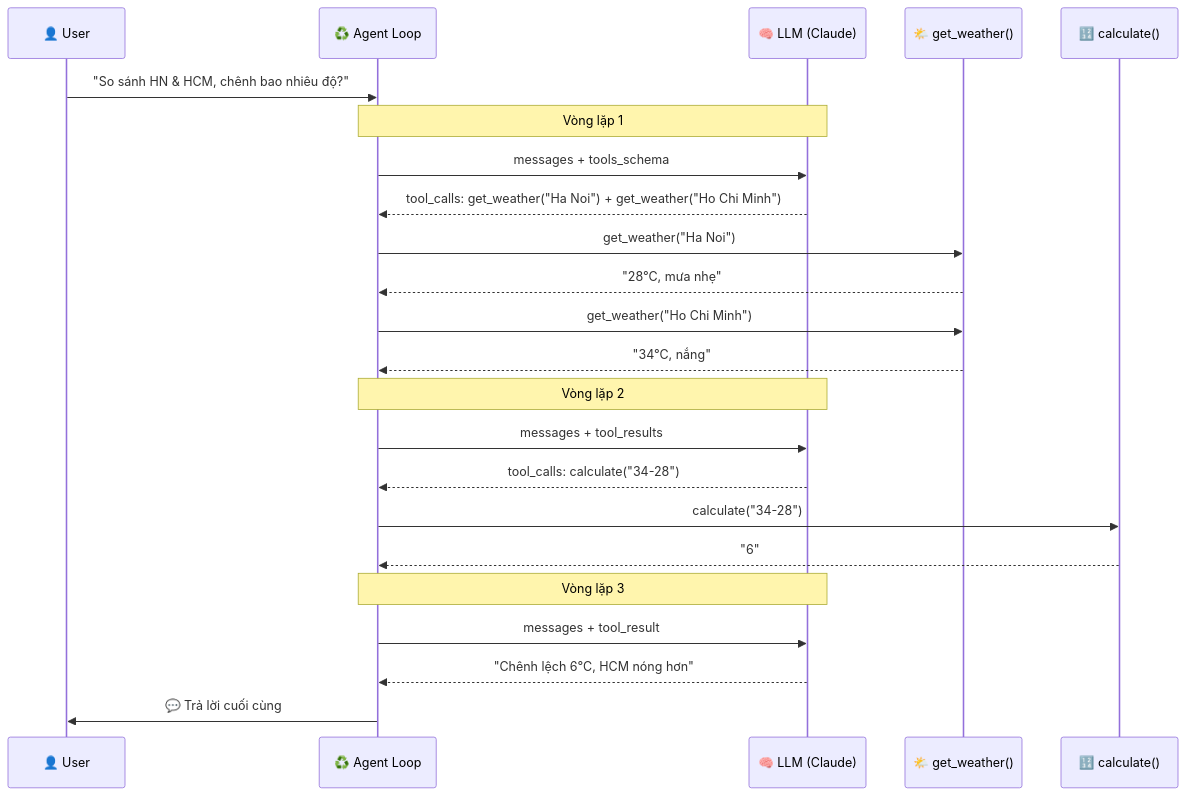
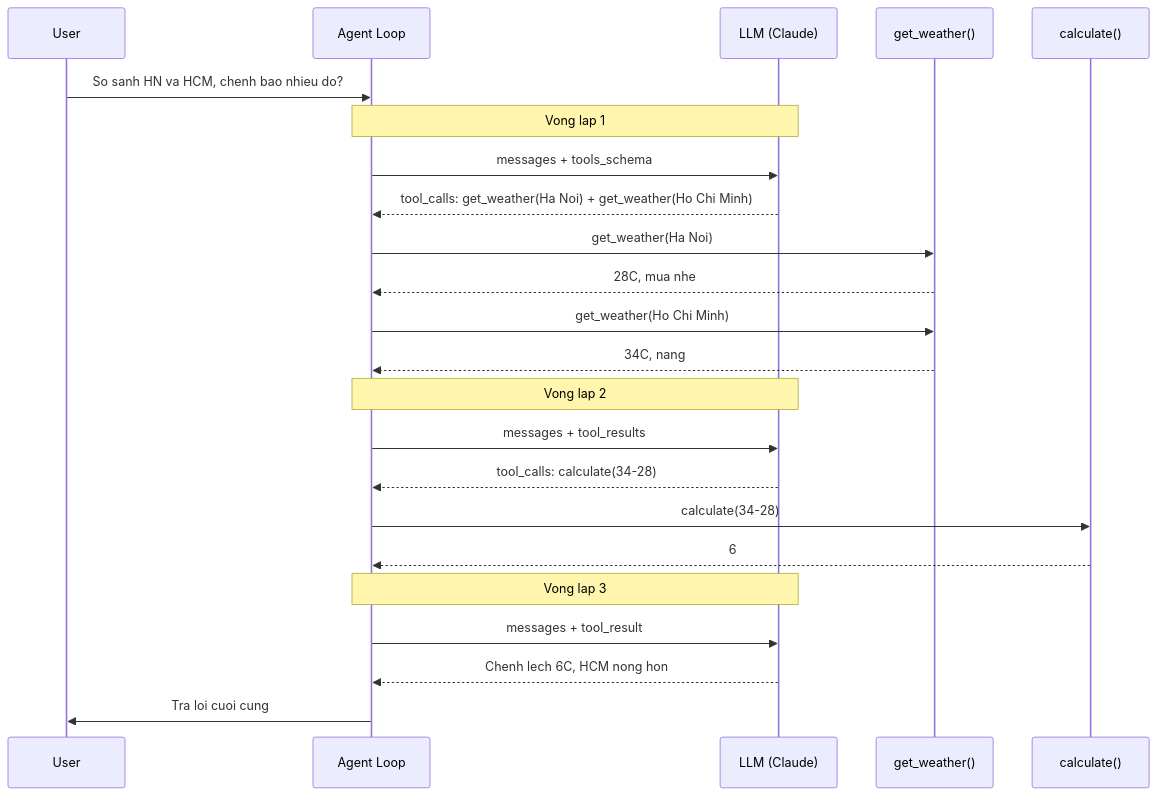
The fifth of 12 diagrams in docs/huong-dan-chi-tiet.md (mrgoonie/vinuni-first-working-agent), drawn with Mermaid before and after one commit. The commit also changed other lines of this file and 2 other files, not shown here.

First line of the commit message:
feat: add Mermaid diagrams to README, fix docs rendering

````diff
--- a/docs/huong-dan-chi-tiet.md
+++ b/docs/huong-dan-chi-tiet.md
@@ -124,29 +124,29 @@
 ```mermaid
 sequenceDiagram
-    participant U as 👤 User
-    participant A as ♻️ Agent Loop
-    participant L as 🧠 LLM (Claude)
-    participant W as 🌤️ get_weather()
-    participant C as 🔢 calculate()
+    participant U as User
+    participant A as Agent Loop
+    participant L as LLM (Claude)
+    participant W as get_weather()
+    participant C as calculate()
 
-    U->>A: "So sánh HN & HCM, chênh bao nhiêu độ?"
+    U->>A: So sanh HN va HCM, chenh bao nhieu do?
 
-    Note over A,L: Vòng lặp 1
+    Note over A,L: Vong lap 1
     A->>L: messages + tools_schema
-    L-->>A: tool_calls: get_weather("Ha Noi") + get_weather("Ho Chi Minh")
-    A->>W: get_weather("Ha Noi")
-    W-->>A: "28°C, mưa nhẹ"
-    A->>W: get_weather("Ho Chi Minh")
-    W-->>A: "34°C, nắng"
+    L-->>A: tool_calls: get_weather(Ha Noi) + get_weather(Ho Chi Minh)
+    A->>W: get_weather(Ha Noi)
+    W-->>A: 28C, mua nhe
+    A->>W: get_weather(Ho Chi Minh)
+    W-->>A: 34C, nang
 
-    Note over A,L: Vòng lặp 2
+    Note over A,L: Vong lap 2
     A->>L: messages + tool_results
-    L-->>A: tool_calls: calculate("34-28")
-    A->>C: calculate("34-28")
-    C-->>A: "6"
+    L-->>A: tool_calls: calculate(34-28)
+    A->>C: calculate(34-28)
+    C-->>A: 6
 
-    Note over A,L: Vòng lặp 3
+    Note over A,L: Vong lap 3
     A->>L: messages + tool_result
-    L-->>A: "Chênh lệch 6°C, HCM nóng hơn"
-    A->>U: 💬 Trả lời cuối cùng
+    L-->>A: Chenh lech 6C, HCM nong hon
+    A->>U: Tra loi cuoi cung
 ```
````
